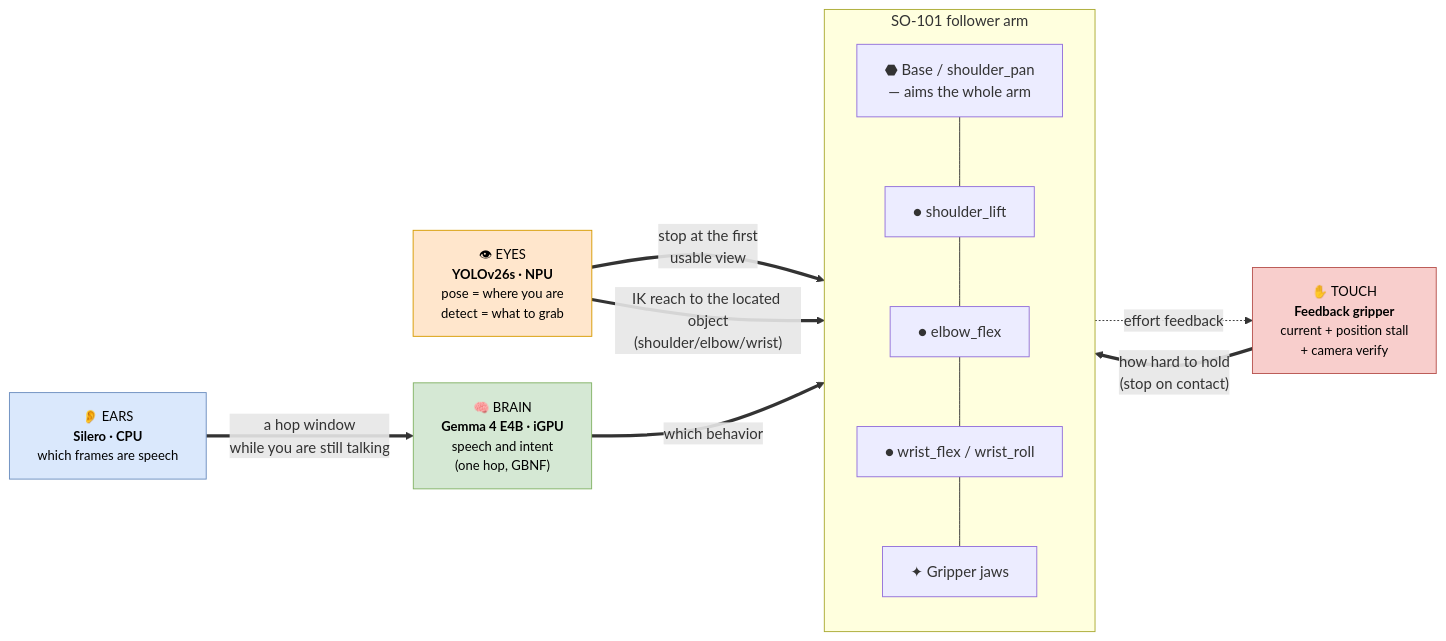
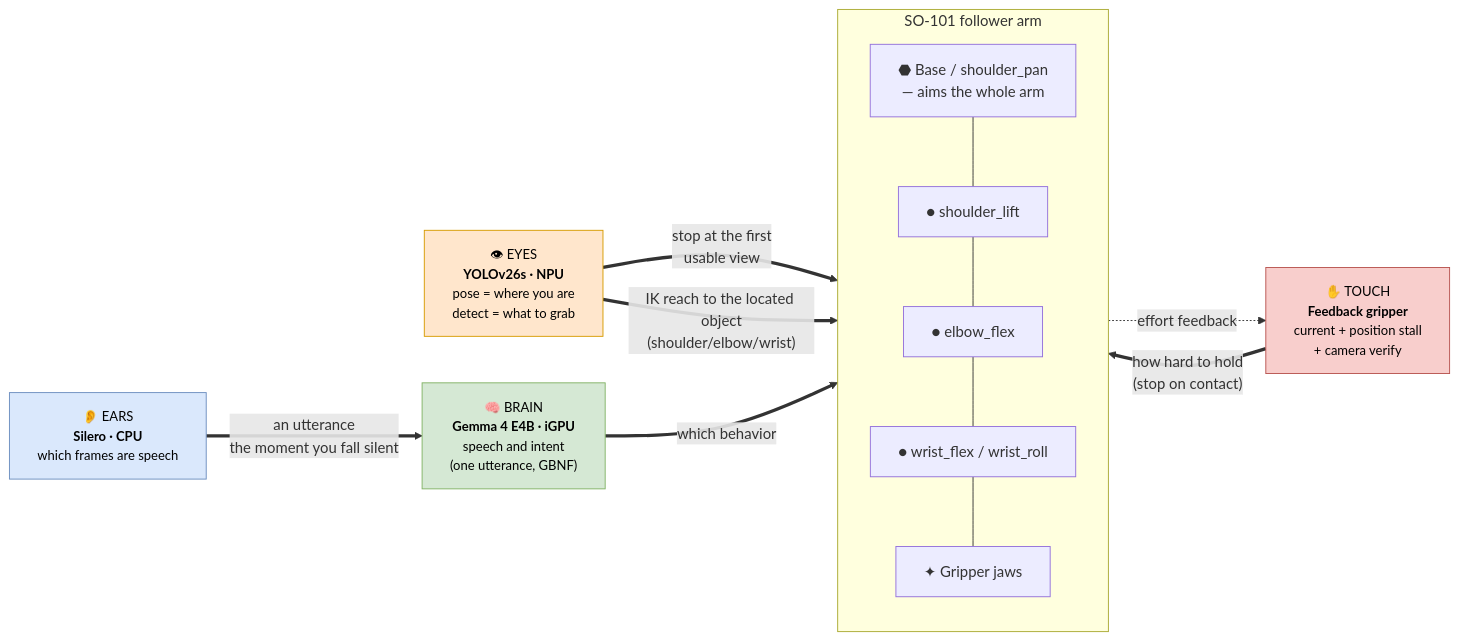
Before and after one commit to amd/embedded-x86-ai: the second of 3 diagrams in workshops/vvla-pipeline/README.md, drawn with Mermaid. The commit also changed other lines of this file and 16 other files, not shown here.

````diff
--- a/workshops/vvla-pipeline/README.md
+++ b/workshops/vvla-pipeline/README.md
@@ -91,29 +91,29 @@
 ```mermaid
 flowchart LR
     subgraph BODY["SO-101 follower arm"]
         direction TB
         BASE["⬣ Base / shoulder_pan<br/>— aims the whole arm"]
         SHOULDER["● shoulder_lift"]
         ELBOW["● elbow_flex"]
         WRIST["● wrist_flex / wrist_roll"]
         JAW["✦ Gripper jaws"]
         BASE --- SHOULDER --- ELBOW --- WRIST --- JAW
     end
 
     EARS["👂 EARS<br/><b>Silero · CPU</b><br/>which frames are speech"]:::ear
-    BRAIN["🧠 BRAIN<br/><b>Gemma 4 E4B · iGPU</b><br/>speech and intent<br/>(one hop, GBNF)"]:::brain
+    BRAIN["🧠 BRAIN<br/><b>Gemma 4 E4B · iGPU</b><br/>speech and intent<br/>(one utterance, GBNF)"]:::brain
     EYES["👁 EYES<br/><b>YOLOv26s · NPU</b><br/>pose = where you are<br/>detect = what to grab"]:::eye
     TOUCH["✋ TOUCH<br/><b>Feedback gripper</b><br/>current + position stall<br/>+ camera verify"]:::touch
 
-    EARS ==>|"a hop window<br/>while you are still talking"| BRAIN
+    EARS ==>|"an utterance<br/>the moment you fall silent"| BRAIN
     BRAIN ==>|"which behavior"| BODY
     EYES ==>|"stop at the first<br/>usable view"| BASE
     EYES ==>|"IK reach to the located object<br/>(shoulder/elbow/wrist)"| ELBOW
     TOUCH ==>|"how hard to hold<br/>(stop on contact)"| JAW
     JAW -.->|"effort feedback"| TOUCH
 
     classDef ear fill:#dae8fc,stroke:#6c8ebf,color:#000,font-size:14px;
     classDef brain fill:#d5e8d4,stroke:#82b366,color:#000,font-size:14px;
     classDef eye fill:#ffe6cc,stroke:#d79b00,color:#000,font-size:14px;
     classDef touch fill:#f8cecc,stroke:#b85450,color:#000,font-size:14px;
 ```
````
